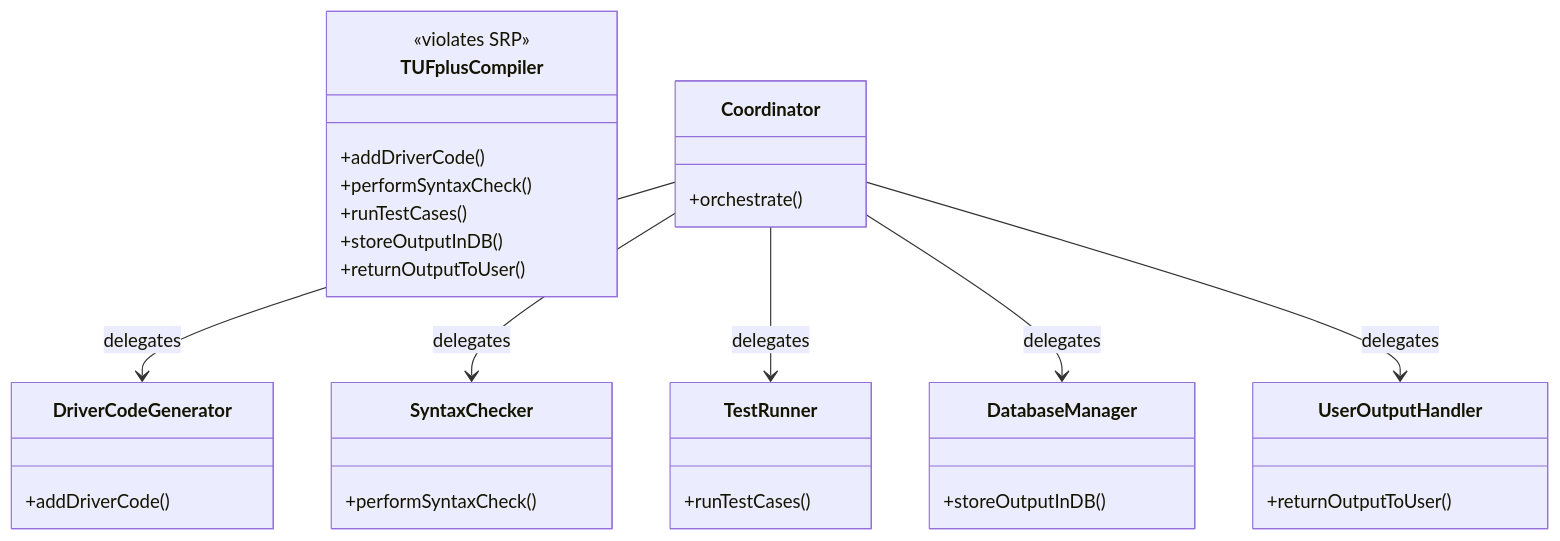
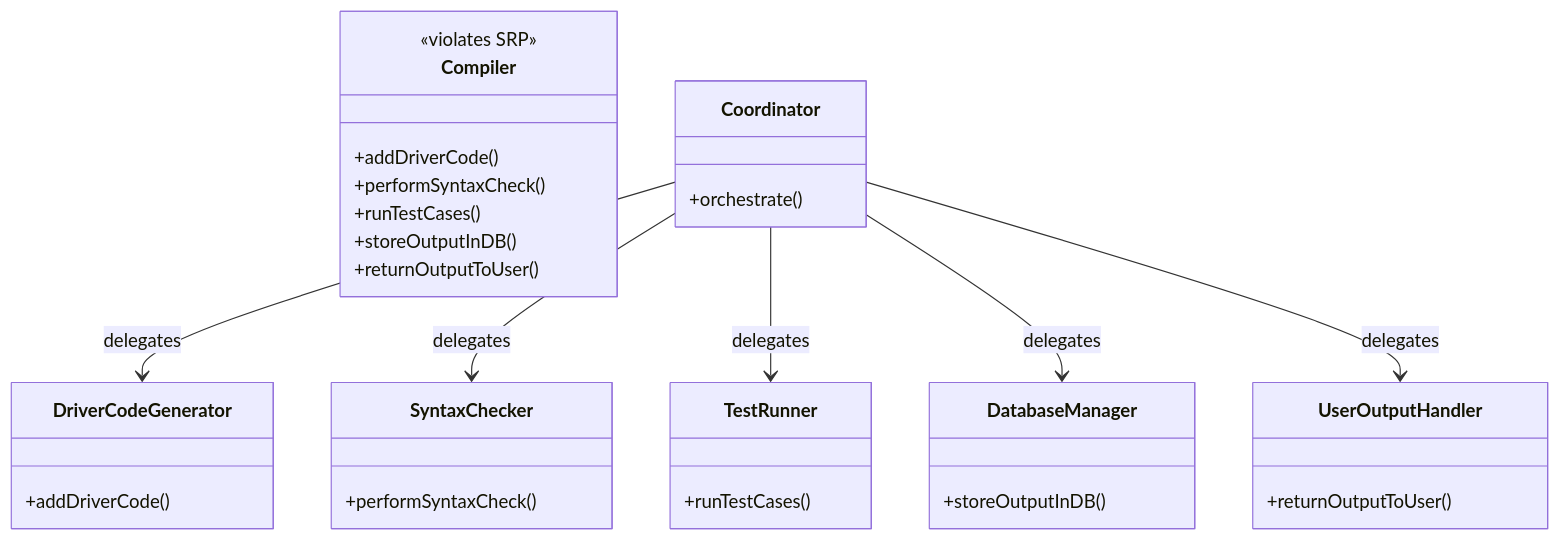
The second of 2 diagrams in Low Level Design/02.Solid Principle/01.single-responsibility-principle.md (Arvindm7/knowledge-base), drawn with Mermaid before and after one commit. The commit also changed other lines of this file and 6 other files, not shown here.

Commit message:
docs: add educational documentation for UML diagrams

````diff
--- a/Low Level Design/02.Solid Principle/01.single-responsibility-principle.md
+++ b/Low Level Design/02.Solid Principle/01.single-responsibility-principle.md
@@ -89,36 +89,36 @@
 ```mermaid
 classDiagram
-    class TUFplusCompiler {
+    class Compiler {
         <<violates SRP>>
         +addDriverCode()
         +performSyntaxCheck()
         +runTestCases()
         +storeOutputInDB()
         +returnOutputToUser()
     }
 
     class Coordinator {
         +orchestrate()
     }
     class DriverCodeGenerator {
         +addDriverCode()
     }
     class SyntaxChecker {
         +performSyntaxCheck()
     }
     class TestRunner {
         +runTestCases()
     }
     class DatabaseManager {
         +storeOutputInDB()
     }
     class UserOutputHandler {
         +returnOutputToUser()
     }
 
     Coordinator --> DriverCodeGenerator : delegates
     Coordinator --> SyntaxChecker : delegates
     Coordinator --> TestRunner : delegates
     Coordinator --> DatabaseManager : delegates
     Coordinator --> UserOutputHandler : delegates
 ```
````
